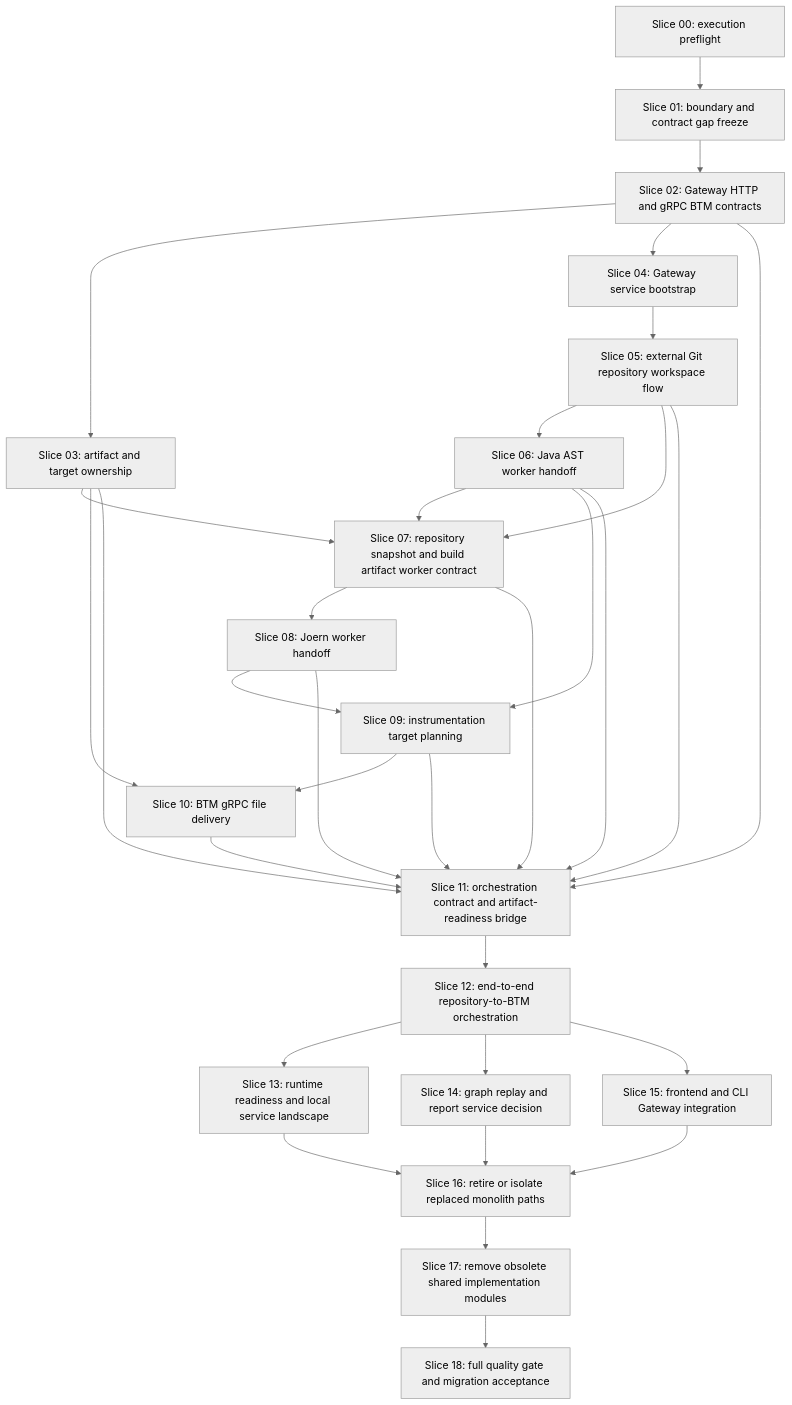
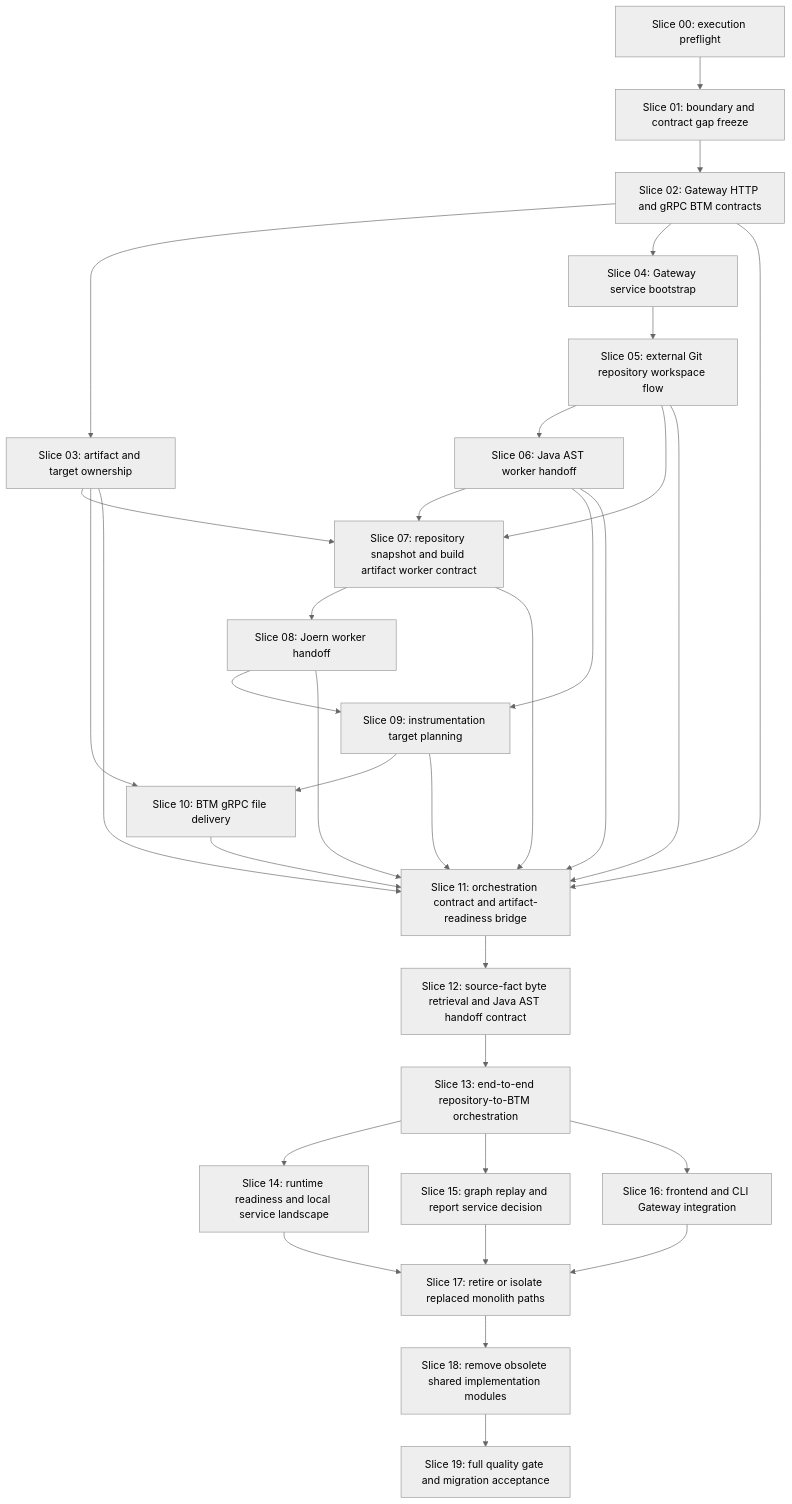
Before and after one commit to MatthiasBurger-Coder/forensic_analytics: the diagram in docs/workflow/slice-dependency-map.md, drawn with Mermaid (neutral theme). The commit also changed other lines of this file and 17 other files, not shown here.

First line of the commit message:
docs(workflow): add source-fact retrieval slice

````diff
--- a/docs/workflow/slice-dependency-map.md
+++ b/docs/workflow/slice-dependency-map.md
@@ -3,52 +3,54 @@
 ```mermaid
 flowchart TD
   S00["Slice 00: execution preflight"]
   S01["Slice 01: boundary and contract gap freeze"]
   S02["Slice 02: Gateway HTTP and gRPC BTM contracts"]
   S03["Slice 03: artifact and target ownership"]
   S04["Slice 04: Gateway service bootstrap"]
   S05["Slice 05: external Git repository workspace flow"]
   S06["Slice 06: Java AST worker handoff"]
   S07["Slice 07: repository snapshot and build artifact worker contract"]
   S08["Slice 08: Joern worker handoff"]
   S09["Slice 09: instrumentation target planning"]
   S10["Slice 10: BTM gRPC file delivery"]
   S11["Slice 11: orchestration contract and artifact-readiness bridge"]
-  S12["Slice 12: end-to-end repository-to-BTM orchestration"]
-  S13["Slice 13: runtime readiness and local service landscape"]
-  S14["Slice 14: graph replay and report service decision"]
-  S15["Slice 15: frontend and CLI Gateway integration"]
-  S16["Slice 16: retire or isolate replaced monolith paths"]
-  S17["Slice 17: remove obsolete shared implementation modules"]
-  S18["Slice 18: full quality gate and migration acceptance"]
+  S12["Slice 12: source-fact byte retrieval and Java AST handoff contract"]
+  S13["Slice 13: end-to-end repository-to-BTM orchestration"]
+  S14["Slice 14: runtime readiness and local service landscape"]
+  S15["Slice 15: graph replay and report service decision"]
+  S16["Slice 16: frontend and CLI Gateway integration"]
+  S17["Slice 17: retire or isolate replaced monolith paths"]
+  S18["Slice 18: remove obsolete shared implementation modules"]
+  S19["Slice 19: full quality gate and migration acceptance"]
 
   S00 --> S01 --> S02
   S02 --> S03
   S02 --> S04
   S04 --> S05
   S05 --> S06
   S03 --> S07
   S05 --> S07
   S06 --> S07
   S07 --> S08
   S06 --> S09
   S08 --> S09
   S03 --> S10
   S09 --> S10
   S02 --> S11
   S03 --> S11
   S05 --> S11
   S06 --> S11
   S07 --> S11
   S08 --> S11
   S09 --> S11
   S10 --> S11
   S11 --> S12
   S12 --> S13
-  S12 --> S14
-  S12 --> S15
+  S13 --> S14
+  S13 --> S15
   S13 --> S16
-  S14 --> S16
-  S15 --> S16
-  S16 --> S17 --> S18
+  S14 --> S17
+  S15 --> S17
+  S16 --> S17
+  S17 --> S18 --> S19
 ```
````
